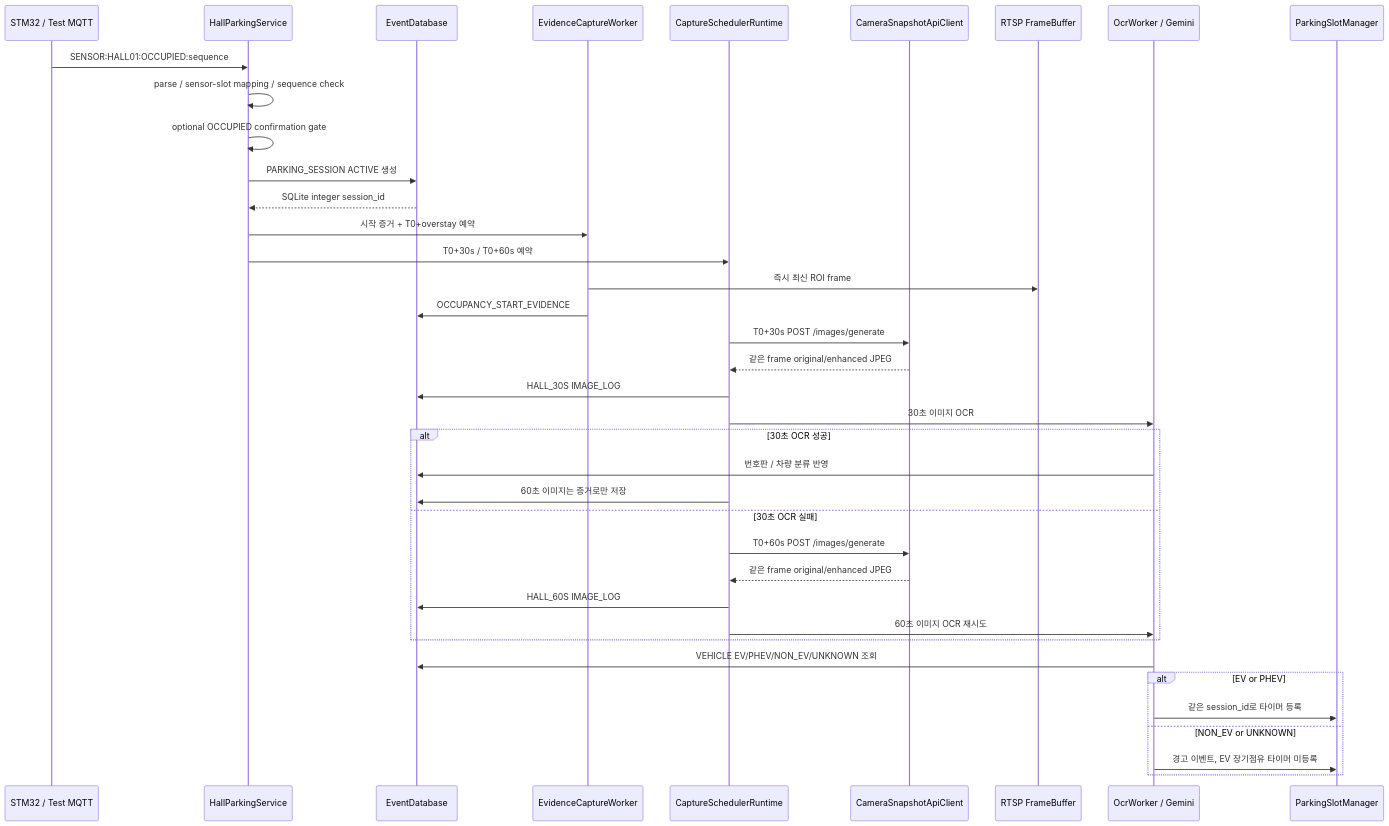
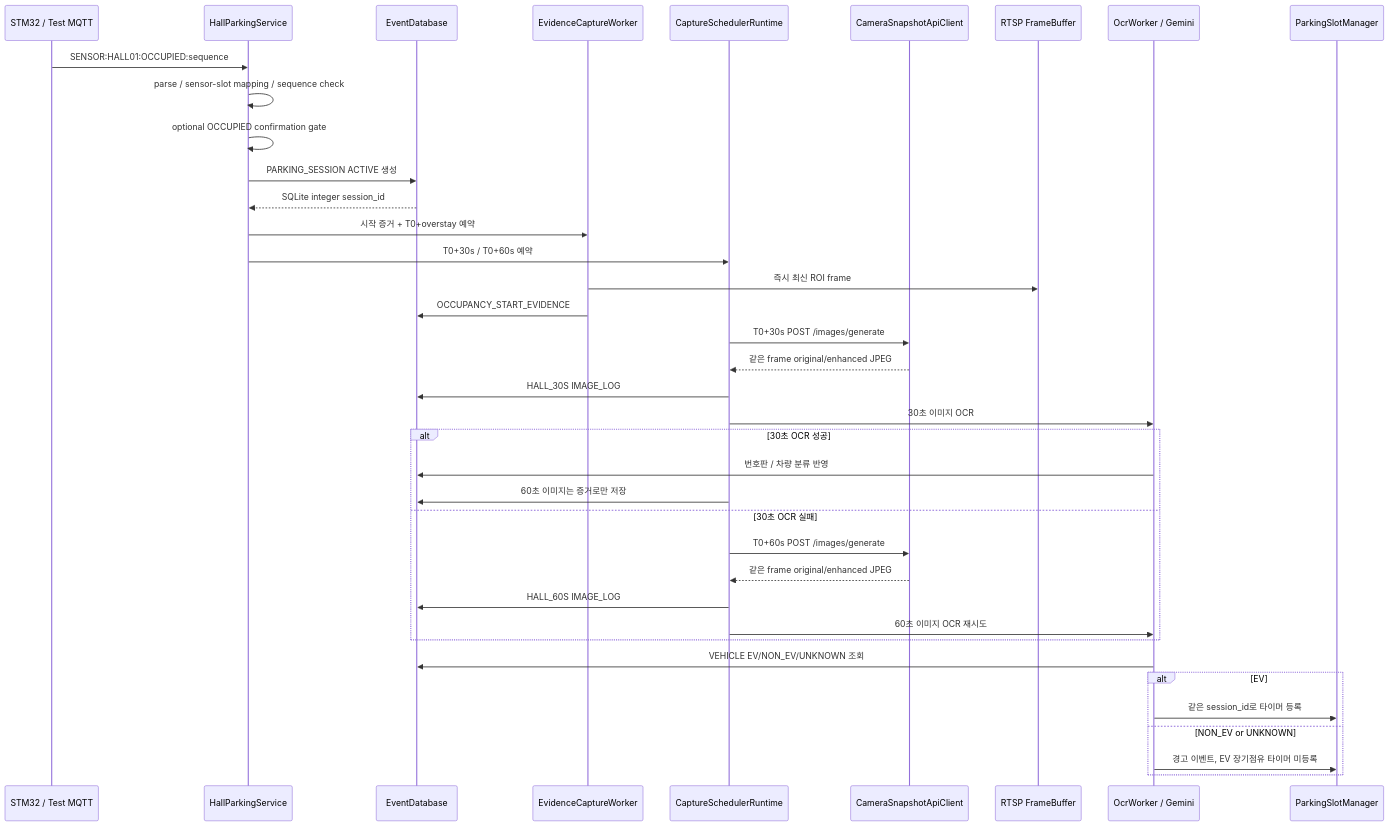
One commit to VEDA-4th-Team5/Pi_Server changed the second of 2 diagrams in docs/architecture/README.md. Above: the diagram before and after it, drawn with Mermaid. The commit also changed other lines of this file and 143 other files, not shown here.

````diff
--- a/docs/architecture/README.md
+++ b/docs/architecture/README.md
@@ -94,41 +94,41 @@
 ```mermaid
 sequenceDiagram
     participant S as STM32 / Test MQTT
     participant H as HallParkingService
     participant DB as EventDatabase
     participant E as EvidenceCaptureWorker
     participant C as CaptureSchedulerRuntime
     participant A as CameraSnapshotApiClient
     participant F as RTSP FrameBuffer
     participant O as OcrWorker / Gemini
     participant T as ParkingSlotManager
 
     S->>H: SENSOR:HALL01:OCCUPIED:sequence
     H->>H: parse / sensor-slot mapping / sequence check
     H->>H: optional OCCUPIED confirmation gate
     H->>DB: PARKING_SESSION ACTIVE 생성
     DB-->>H: SQLite integer session_id
     H->>E: 시작 증거 + T0+overstay 예약
     H->>C: T0+30s / T0+60s 예약
     E->>F: 즉시 최신 ROI frame
     E->>DB: OCCUPANCY_START_EVIDENCE
     C->>A: T0+30s POST /images/generate
     A-->>C: 같은 frame original/enhanced JPEG
     C->>DB: HALL_30S IMAGE_LOG
     C->>O: 30초 이미지 OCR
     alt 30초 OCR 성공
         O->>DB: 번호판 / 차량 분류 반영
         C->>DB: 60초 이미지는 증거로만 저장
     else 30초 OCR 실패
         C->>A: T0+60s POST /images/generate
         A-->>C: 같은 frame original/enhanced JPEG
         C->>DB: HALL_60S IMAGE_LOG
         C->>O: 60초 이미지 OCR 재시도
     end
-    O->>DB: VEHICLE EV/PHEV/NON_EV/UNKNOWN 조회
-    alt EV or PHEV
+    O->>DB: VEHICLE EV/NON_EV/UNKNOWN 조회
+    alt EV
         O->>T: 같은 session_id로 타이머 등록
     else NON_EV or UNKNOWN
         O->>T: 경고 이벤트, EV 장기점유 타이머 미등록
     end
 ```
````
